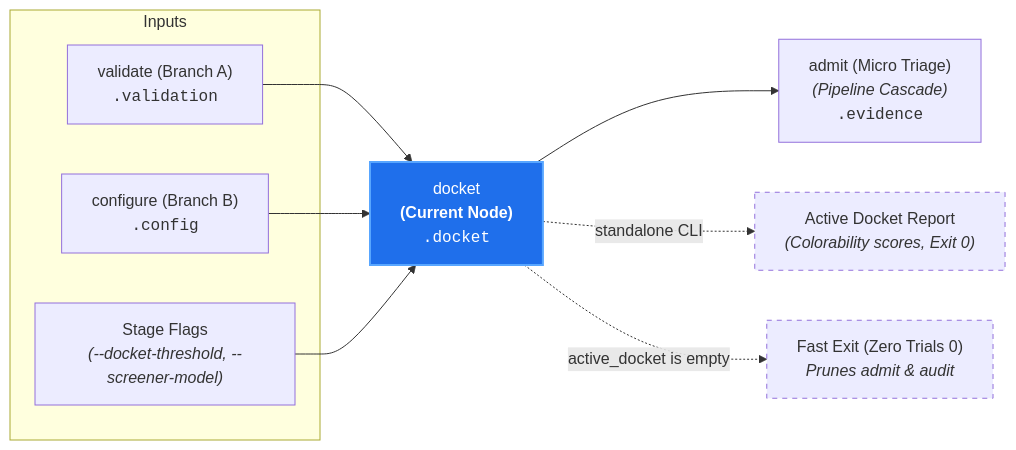
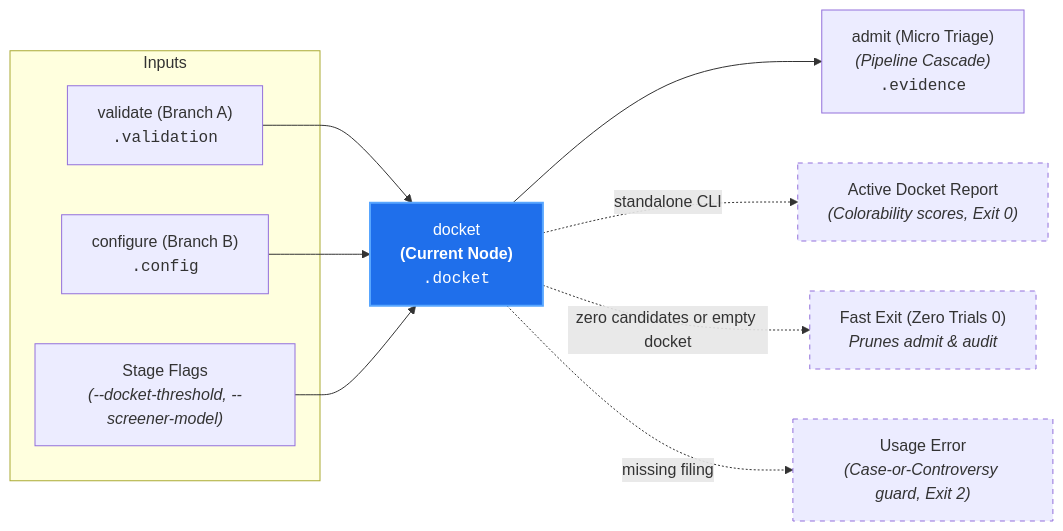
One commit to PAIR-code/canon-clerk changed the diagram in docs/architecture/nodes/docket.md. Above: the diagram before and after it, drawn with Mermaid. The commit also changed other lines of this file and 17 other files, not shown here.

````diff
--- a/docs/architecture/nodes/docket.md
+++ b/docs/architecture/nodes/docket.md
@@ -22,20 +22,22 @@
 ```mermaid
 flowchart LR
     subgraph Inputs["Inputs"]
         Validate["validate (Branch A)<br/><code>.validation</code>"]
         Config["configure (Branch B)<br/><code>.config</code>"]
         Params["Stage Flags<br/><i>(--docket-threshold, --screener-model)</i>"]
     end
 
     Validate --> Docket["docket<br/><b>(Current Node)</b><br/><code>.docket</code>"]
     Config --> Docket
     Params --> Docket
 
     Docket --> Admit["admit (Micro Triage)<br/><i>(Pipeline Cascade)</i><br/><code>.evidence</code>"]
     Docket -. "standalone CLI" .-> DocketReport["Active Docket Report<br/><i>(Colorability scores, Exit 0)</i>"]
-    Docket -. "active_docket is empty" .-> ZeroCases["Fast Exit (Zero Trials 0)<br/><i>Prunes admit & audit</i>"]
+    Docket -. "zero candidates or empty docket" .-> ZeroCases["Fast Exit (Zero Trials 0)<br/><i>Prunes admit & audit</i>"]
+    Docket -. "missing filing" .-> UsageError["Usage Error<br/><i>(Case-or-Controversy guard, Exit 2)</i>"]
 
     style Docket fill:#1f6feb,stroke:#58a6ff,stroke-width:2px,color:#fff
     style DocketReport stroke-dasharray: 5 5
     style ZeroCases stroke-dasharray: 5 5
+    style UsageError stroke-dasharray: 5 5
 ```
````
